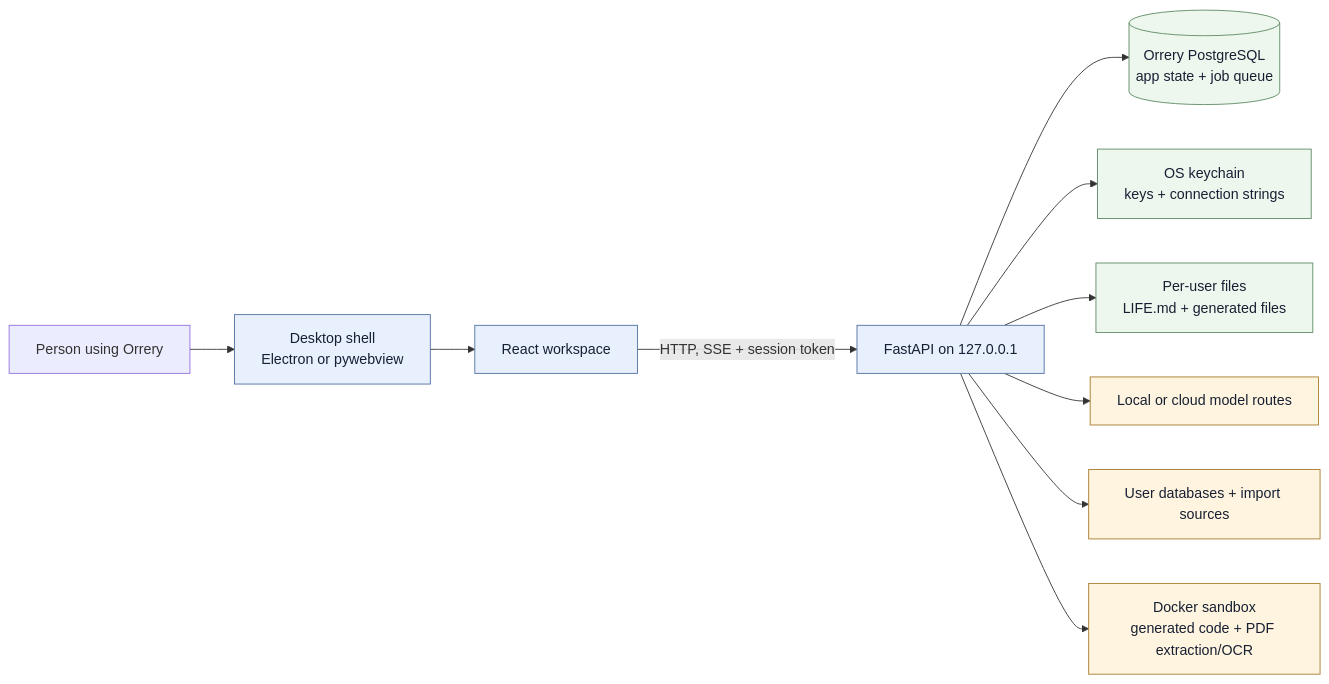
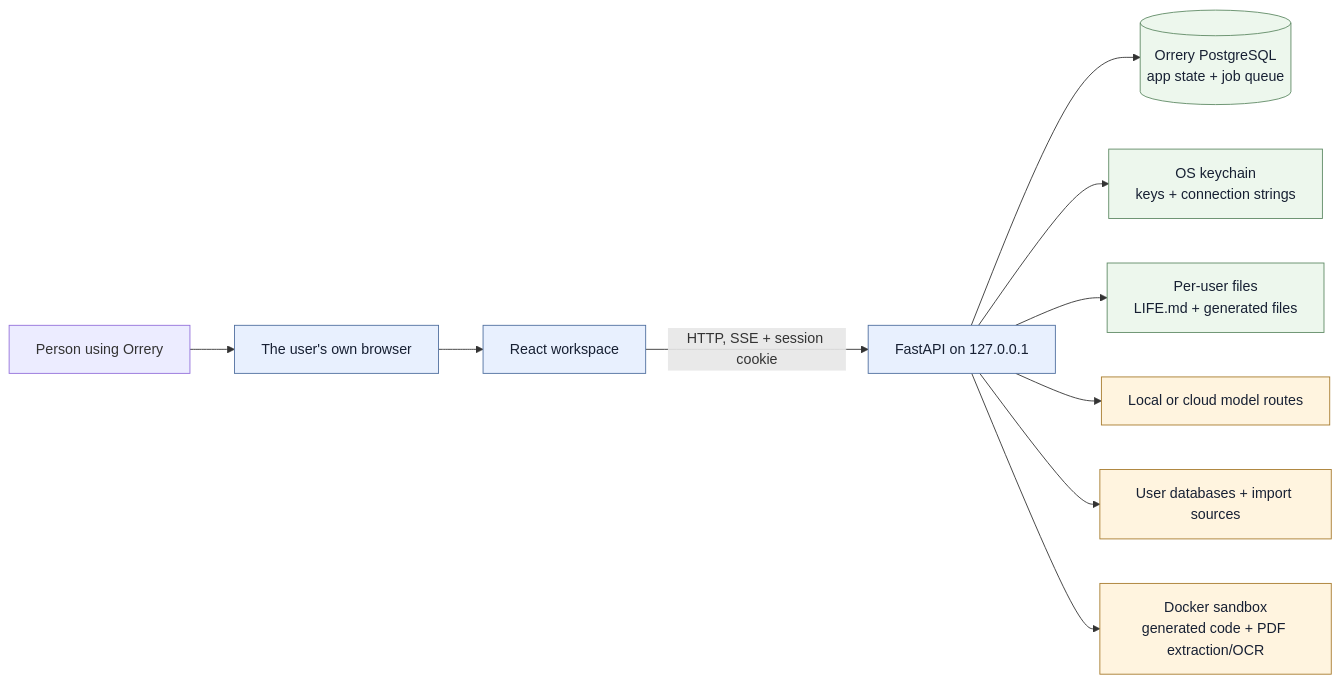
The first of 21 diagrams in ARCHITECTURE.md (zaidt156/Orrery), drawn with Mermaid before and after one commit. The commit also changed other lines of this file and 32 other files, not shown here.

````diff
--- a/ARCHITECTURE.md
+++ b/ARCHITECTURE.md
@@ -25,21 +25,21 @@
 ```mermaid
 flowchart LR
-    user["Person using Orrery"] --> shell["Desktop shell<br/>Electron or pywebview"]
-    shell --> ui["React workspace"]
-    ui -->|"HTTP, SSE + session token"| api["FastAPI on 127.0.0.1"]
+    user["Person using Orrery"] --> browser["The user's own browser"]
+    browser --> ui["React workspace"]
+    ui -->|"HTTP, SSE + session cookie"| api["FastAPI on 127.0.0.1"]
 
     api --> pg[("Orrery PostgreSQL<br/>app state + job queue")]
     api --> keychain["OS keychain<br/>keys + connection strings"]
     api --> disk["Per-user files<br/>LIFE.md + generated files"]
 
     api --> models["Local or cloud model routes"]
     api --> sources["User databases + import sources"]
     api --> docker["Docker sandbox<br/>generated code + PDF extraction/OCR"]
 
     classDef core fill:#e8f0fe,stroke:#4f6f9f,color:#172033;
     classDef store fill:#edf7ed,stroke:#5f8a65,color:#172033;
     classDef external fill:#fff4df,stroke:#a77b2d,color:#172033;
-    class shell,ui,api core;
+    class browser,ui,api core;
     class pg,keychain,disk store;
     class models,sources,docker external;
 ```
````
